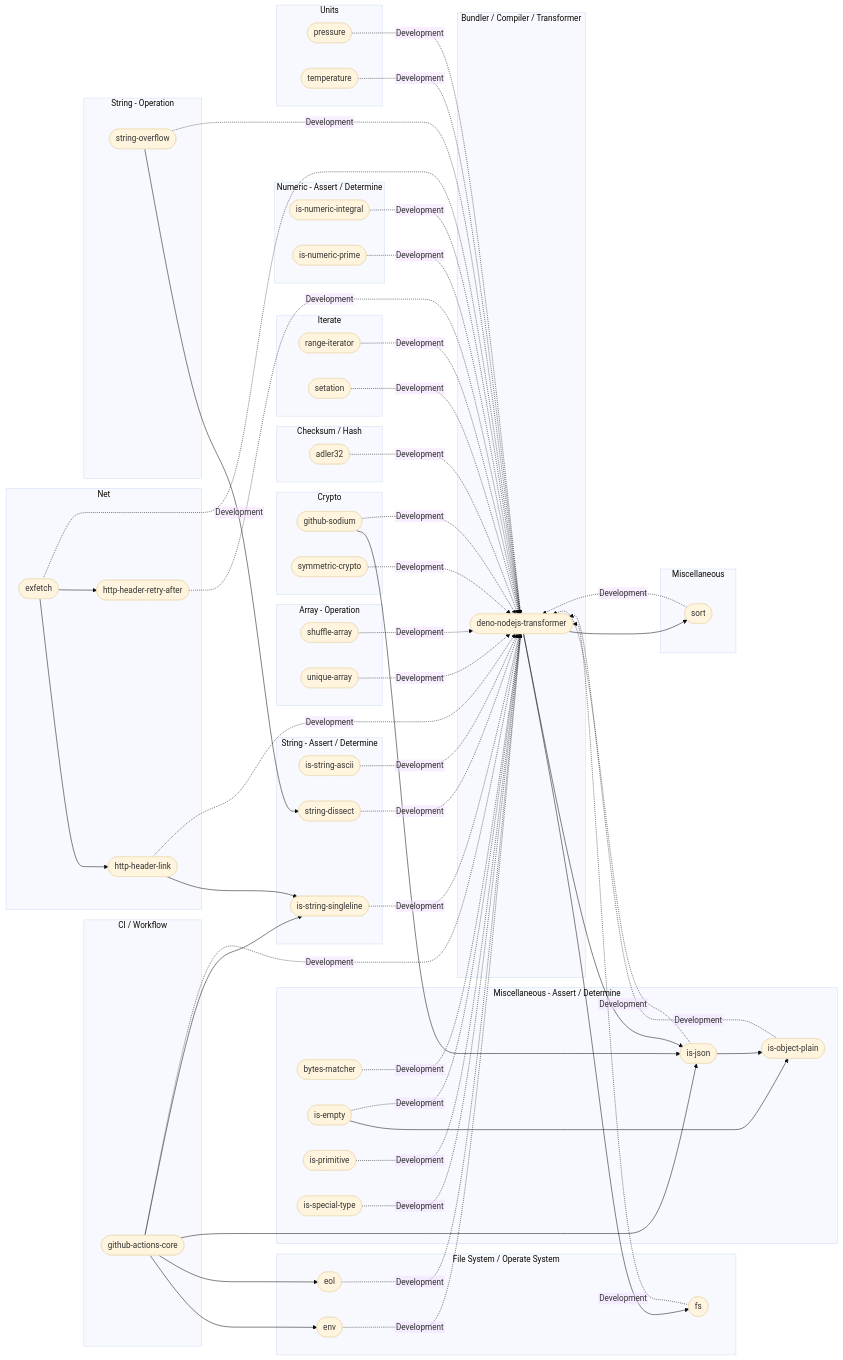
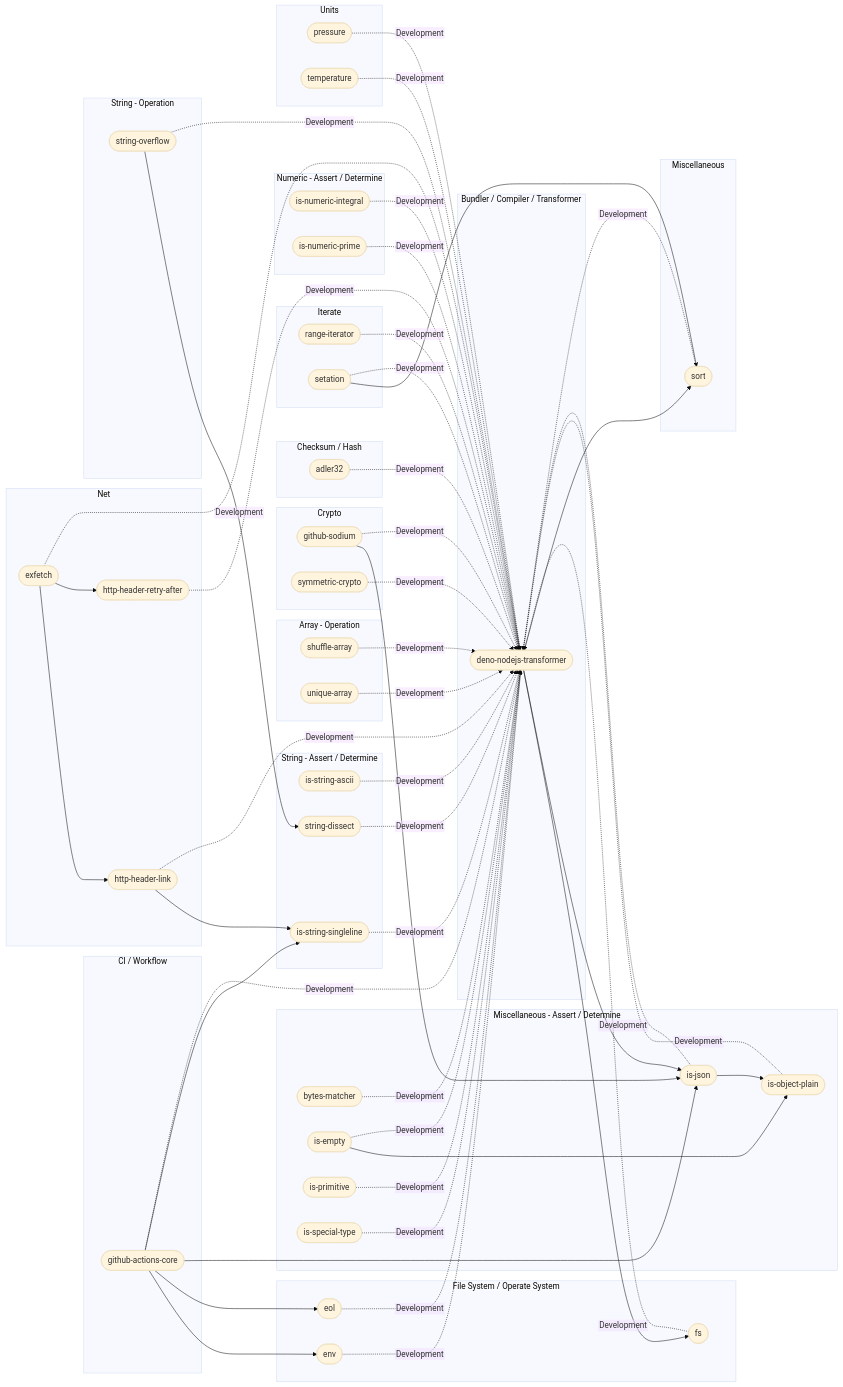
One commit to hugoalh/hugoalh changed the diagram in assets/es-dependencies-graph.md. Above: the diagram before and after it, drawn with Mermaid (base theme). The commit also changed other lines of this file, not shown here.

Commit message:
Update ES dependencies graph

```diff
--- a/assets/es-dependencies-graph.md
+++ b/assets/es-dependencies-graph.md
@@ -96,6 +96,7 @@
   http-header-retry-after
   is-empty --> is-object-plain
   is-json --> is-object-plain
+  setation --> sort
   string-overflow --> string-dissect
 
   adler32 -. Development .-> deno-nodejs-transformer
```
